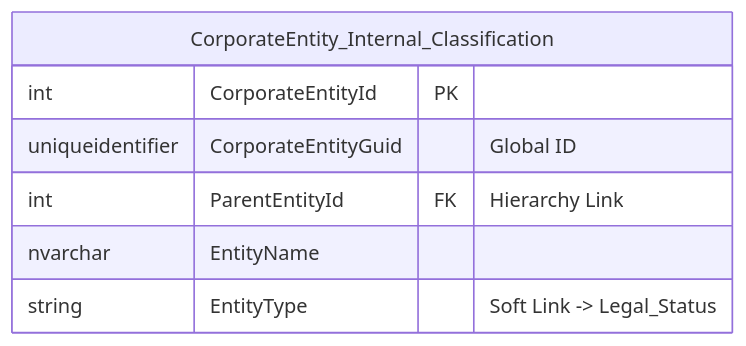
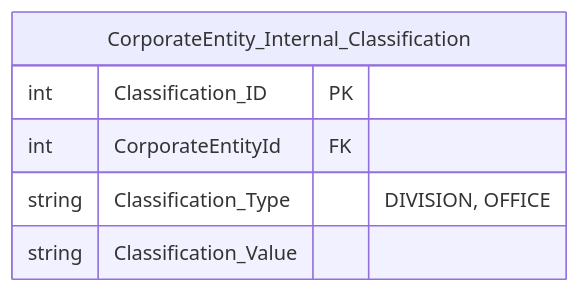
Before and after one commit to NeilWP/SUSTINA_CAB: the diagram in 003 DETAILED SPECIFICATIONS IS09001/Z- Data Entites/Z-03 CorporateEntity_Internal_Classification.md, drawn with Mermaid.

Commit message:
Update Z-03 CorporateEntity_Internal_Classification.md

````diff
--- a/003 DETAILED SPECIFICATIONS IS09001/Z- Data Entites/Z-03 CorporateEntity_Internal_Classification.md
+++ b/003 DETAILED SPECIFICATIONS IS09001/Z- Data Entites/Z-03 CorporateEntity_Internal_Classification.md
@@ -11,13 +11,12 @@
 ```mermaid
 erDiagram
  %% =======================================================
     %% 1. THE CORE OBJECT (The Single Source)
     %% =======================================================
     CorporateEntity_Internal_Classification {
-        int CorporateEntityId PK
-        uniqueidentifier CorporateEntityGuid "Global ID"
-        int ParentEntityId FK "Hierarchy Link"
-        nvarchar EntityName
-        string EntityType "Soft Link -> Legal_Status"
+        int Classification_ID PK
+        int CorporateEntityId FK
+        string Classification_Type "DIVISION, OFFICE"
+        string Classification_Value
     }
 ```
````
